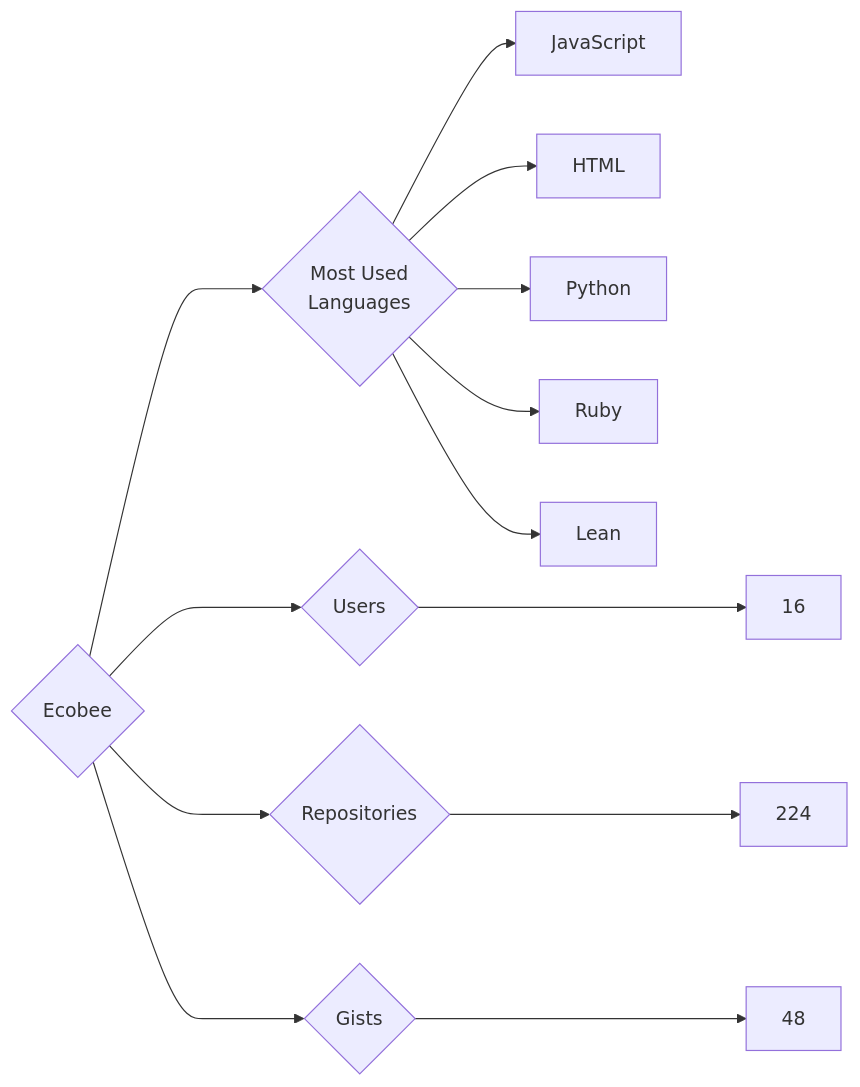
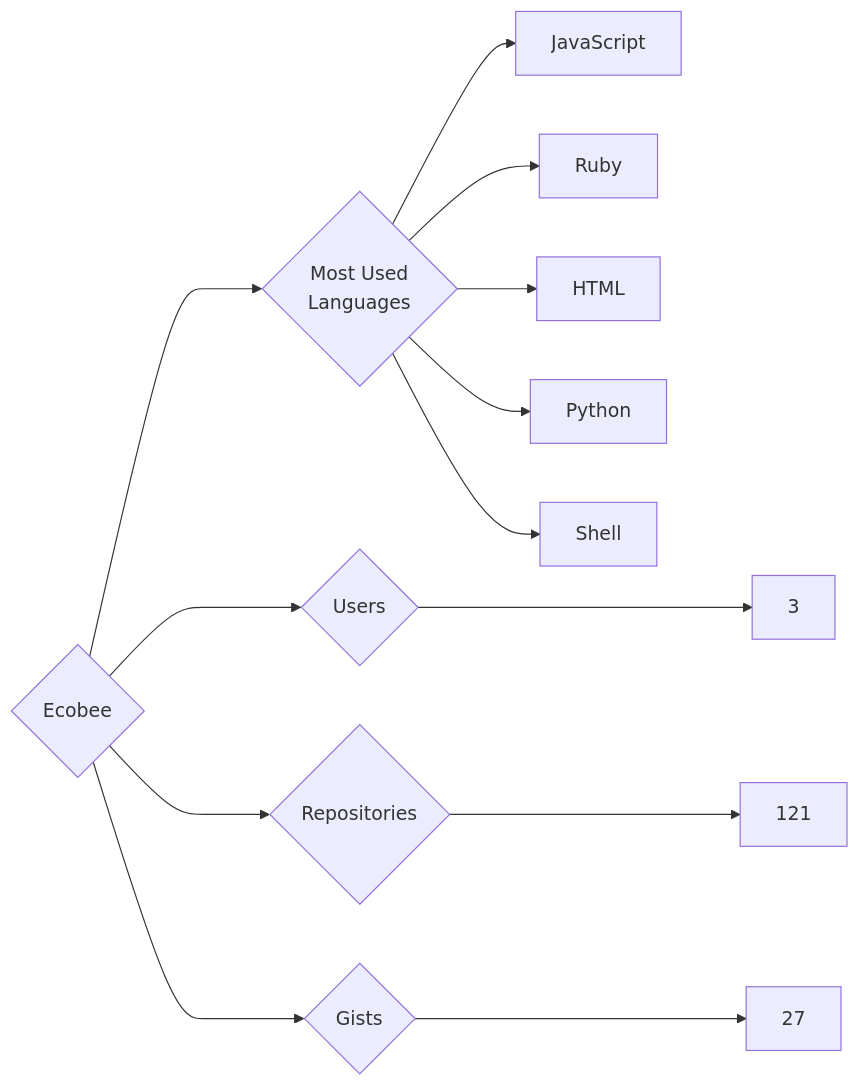
The diagram in targets/Ecobee/README.md (trickest/insiders), drawn with Mermaid before and after one commit. The commit also changed 838 other files, not shown here.

````diff
--- a/targets/Ecobee/README.md
+++ b/targets/Ecobee/README.md
@@ -3,13 +3,13 @@
 ```mermaid
 graph LR
 COMPANY_NAME{Ecobee}
-COMPANY_NAME ---> U{Users} ---> UN[16]
-COMPANY_NAME ---> R{Repositories} ---> RN[224]
-COMPANY_NAME ---> G{Gists} ---> GN[48]
+COMPANY_NAME ---> U{Users} ---> UN[3]
+COMPANY_NAME ---> R{Repositories} ---> RN[121]
+COMPANY_NAME ---> G{Gists} ---> GN[27]
 COMPANY_NAME ---> ML{Most Used<br>Languages}
 ML --> JavaScript[JavaScript]
+ML --> Ruby[Ruby]
 ML --> HTML[HTML]
 ML --> Python[Python]
-ML --> Ruby[Ruby]
-ML --> Lean[Lean]
+ML --> Shell[Shell]
 ```
````
